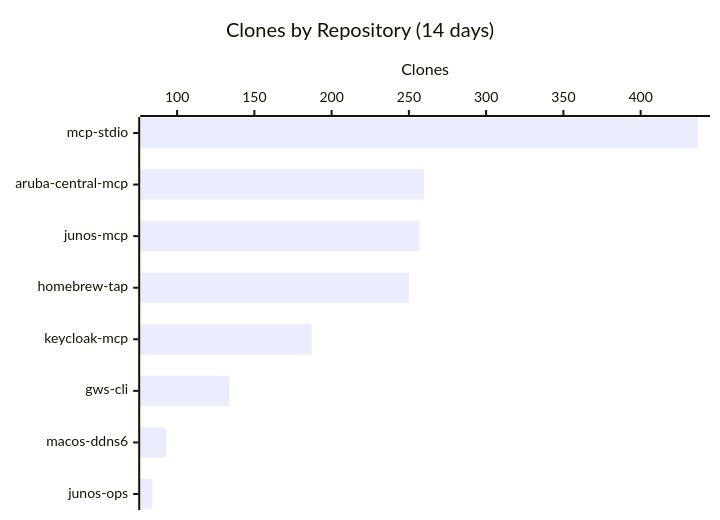
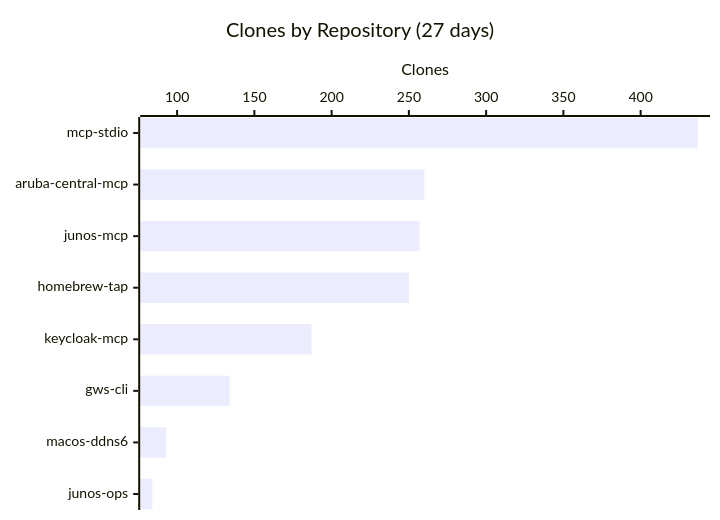
The third of 3 diagrams in README.md (shigechika/github-insights), drawn with Mermaid before and after one commit. The commit also changed other lines of this file and 1 other file, not shown here.

Commit message:
feat: show actual data range in chart titles
Replace hardcoded "(14 days)" with dynamically calculated
data range (e.g. "(27 days)") that grows as data accumulates.

````diff
--- a/README.md
+++ b/README.md
@@ -52,7 +52,7 @@
 ```mermaid
 xychart-beta horizontal
-    title "Clones by Repository (14 days)"
+    title "Clones by Repository (27 days)"
     x-axis ["mcp-stdio", "aruba-central-mcp", "junos-mcp", "homebrew-tap", "keycloak-mcp", "gws-cli", "macos-ddns6", "junos-ops"]
     y-axis "Clones"
     bar [437, 260, 257, 250, 187, 134, 93, 84]
 ```
````
